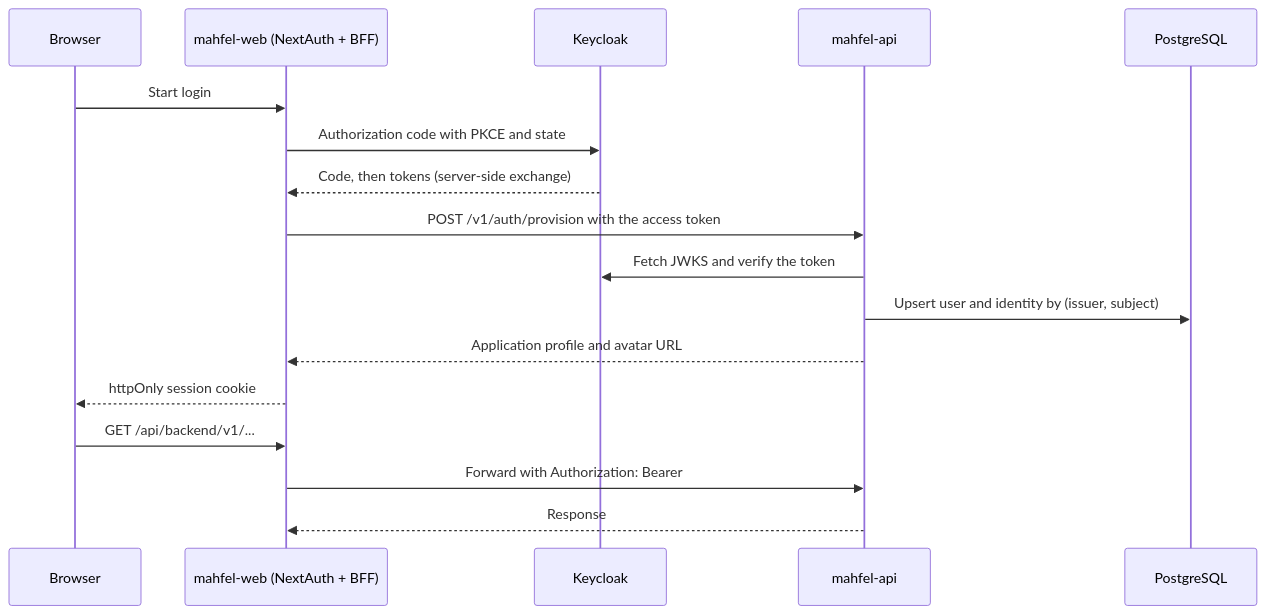
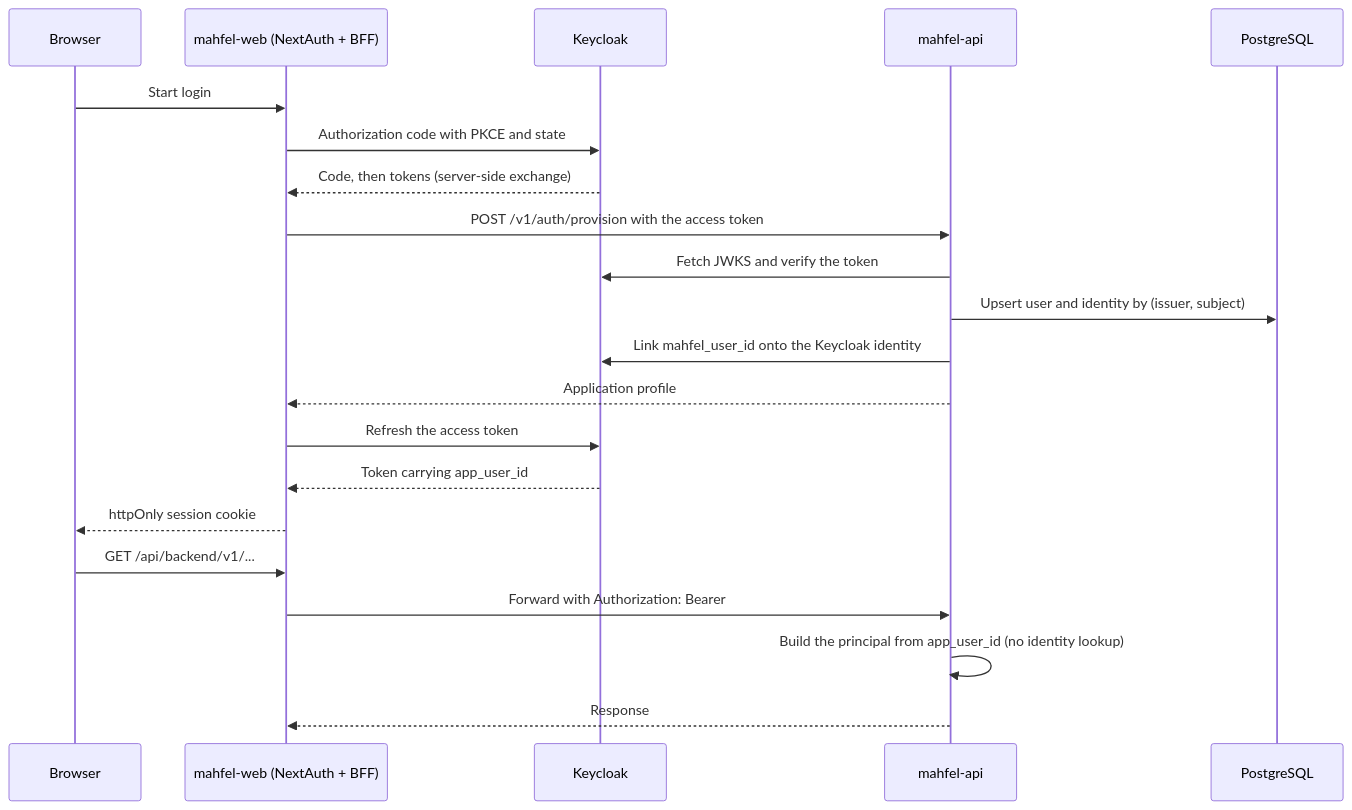
Before and after one commit to mhyrzt/mahfel: the first of 6 diagrams in docs/architecture/data-flow.md, drawn with Mermaid. The commit also changed 5 other files, not shown here.

````diff
--- a/docs/architecture/data-flow.md
+++ b/docs/architecture/data-flow.md
@@ -5,19 +5,23 @@
 ```mermaid
 sequenceDiagram
   participant B as Browser
   participant W as mahfel-web (NextAuth + BFF)
   participant K as Keycloak
   participant A as mahfel-api
   participant P as PostgreSQL
   B->>W: Start login
   W->>K: Authorization code with PKCE and state
   K-->>W: Code, then tokens (server-side exchange)
   W->>A: POST /v1/auth/provision with the access token
   A->>K: Fetch JWKS and verify the token
   A->>P: Upsert user and identity by (issuer, subject)
-  A-->>W: Application profile and avatar URL
+  A->>K: Link mahfel_user_id onto the Keycloak identity
+  A-->>W: Application profile
+  W->>K: Refresh the access token
+  K-->>W: Token carrying app_user_id
   W-->>B: httpOnly session cookie
   B->>W: GET /api/backend/v1/...
   W->>A: Forward with Authorization: Bearer
+  A->>A: Build the principal from app_user_id (no identity lookup)
   A-->>W: Response
 ```
````
